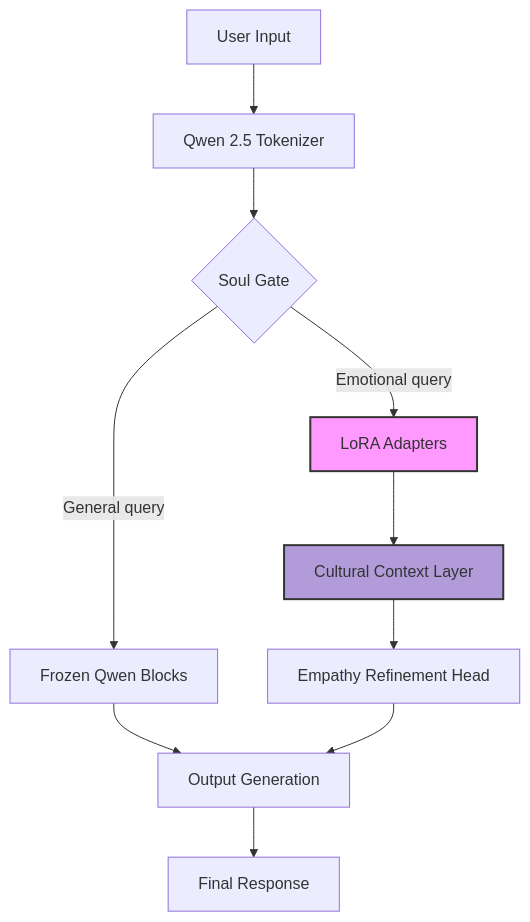
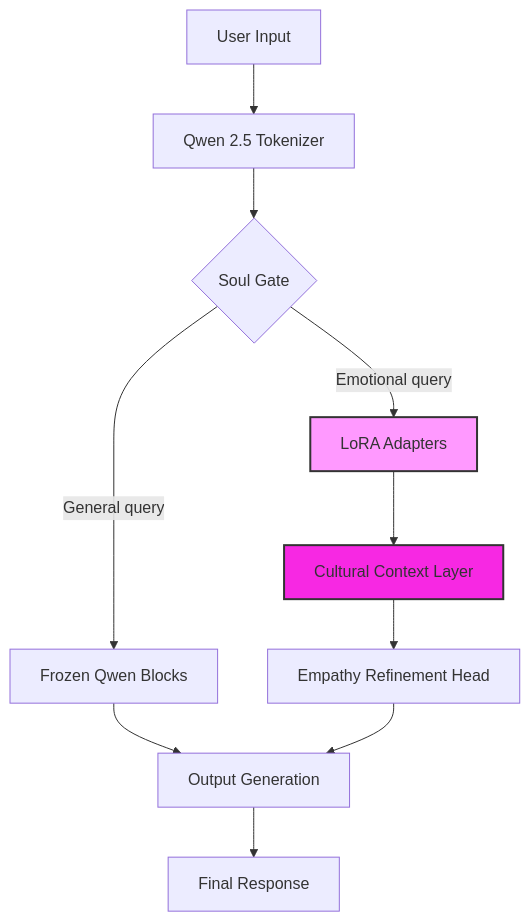
Before and after one commit to boubli/HIBA: the first of 2 diagrams in README.md, drawn with Mermaid.

````diff
--- a/README.md
+++ b/README.md
@@ -31,15 +31,15 @@
 ```mermaid
 graph TD
     A[User Input] --> B[Qwen 2.5 Tokenizer];
     B --> C{Soul Gate};
     C -- General query --> D[Frozen Qwen Blocks];
     C -- Emotional query --> E[LoRA Adapters];
     E --> F[Cultural Context Layer];
     F --> G[Empathy Refinement Head];
     D --> H[Output Generation];
     G --> H;
     H --> I[Final Response];
     
     style E fill:#f9f,stroke:#333,stroke-width:2px
-    style F fill:#B19CD9,stroke:#333,stroke-width:2px
+    style F fill:#f728e3,stroke:#333,stroke-width:2px
 ```
````
